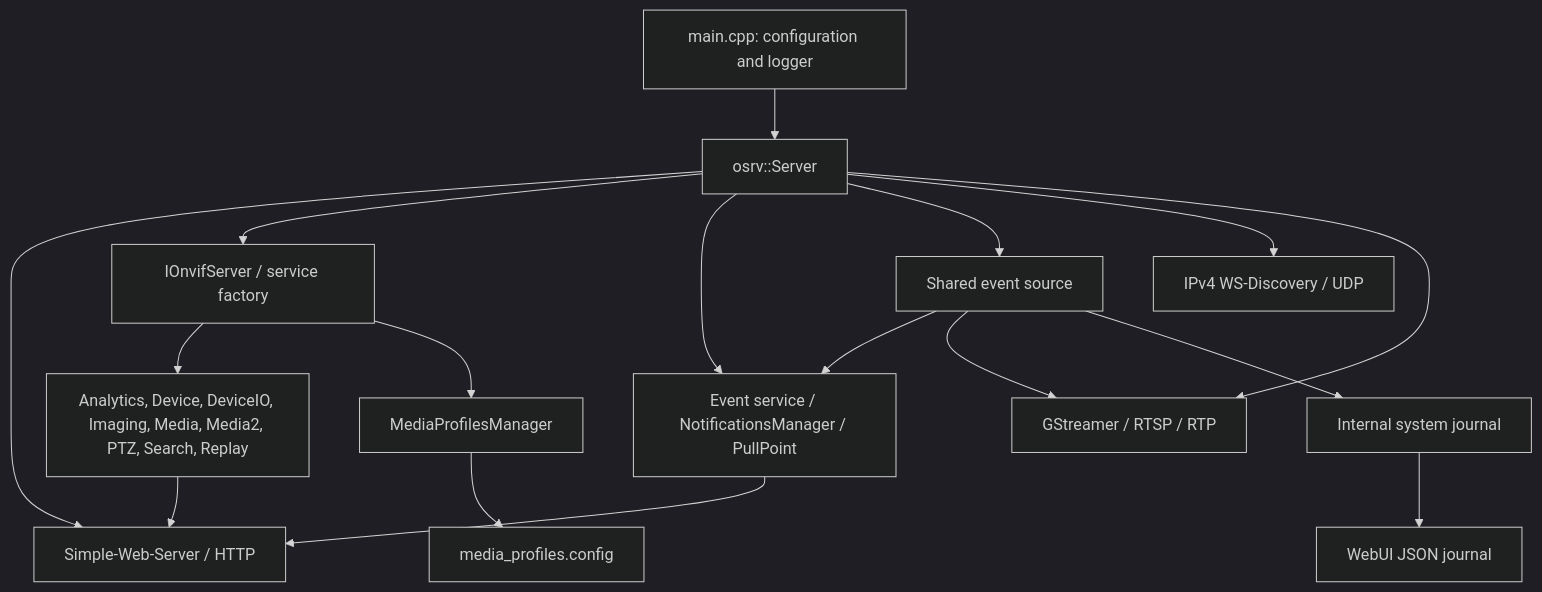
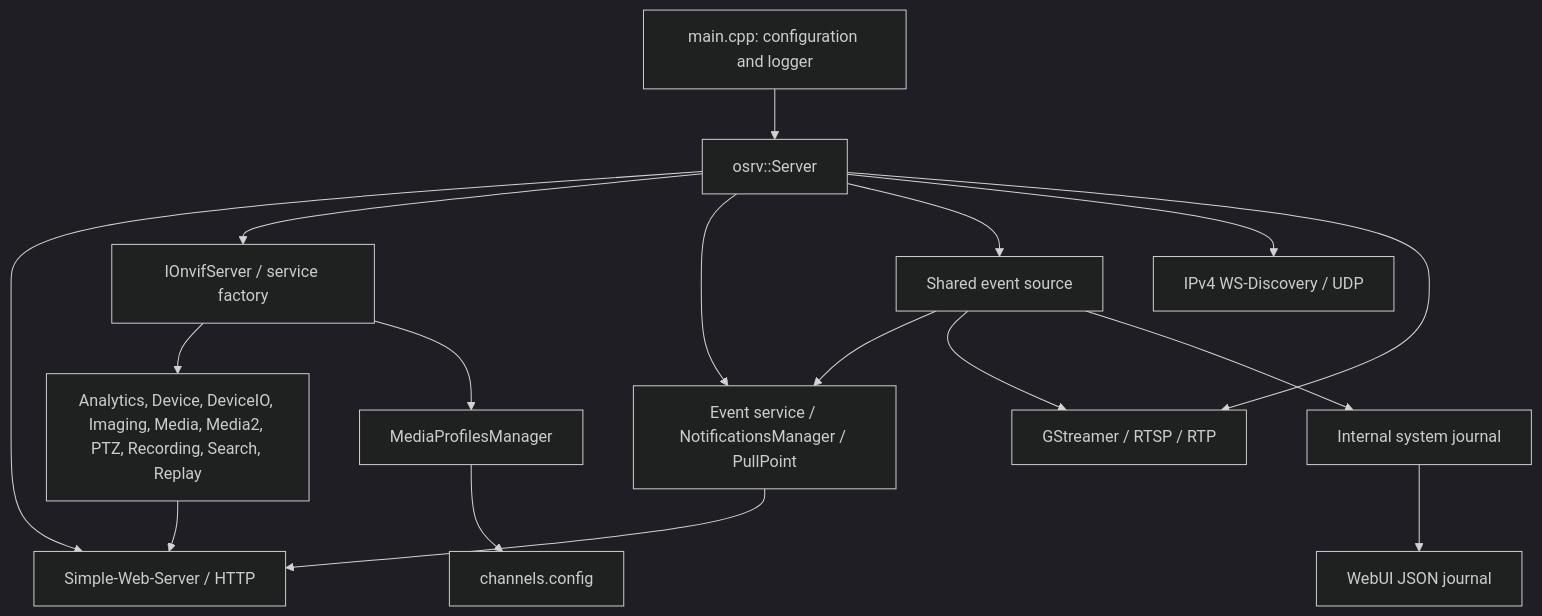
The diagram in docs/architecture.md (Abay11/onvif_server_emulator), drawn with Mermaid (dark theme) before and after one commit. The commit also changed other lines of this file and 100 other files, not shown here.

````diff
--- a/docs/architecture.md
+++ b/docs/architecture.md
@@ -70,19 +70,19 @@
 ```mermaid
 flowchart TD
     Main[main.cpp: configuration and logger] --> Server[osrv::Server]
     Server --> HTTP[Simple-Web-Server / HTTP]
     Server --> Context[IOnvifServer / service factory]
-    Context --> SOAP[Analytics, Device, DeviceIO, Imaging, Media, Media2, PTZ, Search, Replay]
+    Context --> SOAP[Analytics, Device, DeviceIO, Imaging, Media, Media2, PTZ, Recording, Search, Replay]
     SOAP --> HTTP
     Context --> Profiles[MediaProfilesManager]
-    Profiles --> JSON[media_profiles.config]
+    Profiles --> JSON[channels.config]
     Server --> Events[Event service / NotificationsManager / PullPoint]
     Server --> EventSource[Shared event source]
     EventSource --> Events
     EventSource --> RTSP
     EventSource --> Journal[Internal system journal]
     Journal --> Admin[WebUI JSON journal]
     Events --> HTTP
     Server --> Discovery[IPv4 WS-Discovery / UDP]
     Server --> RTSP[GStreamer / RTSP / RTP]
 ```
````
